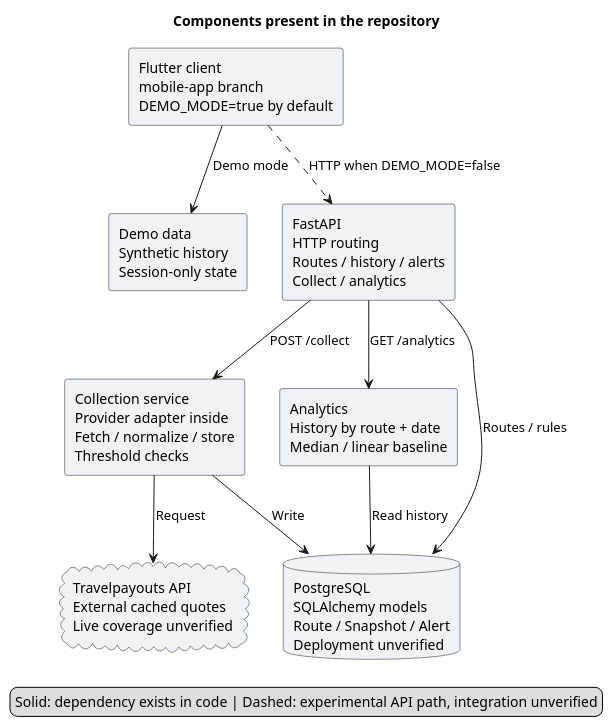
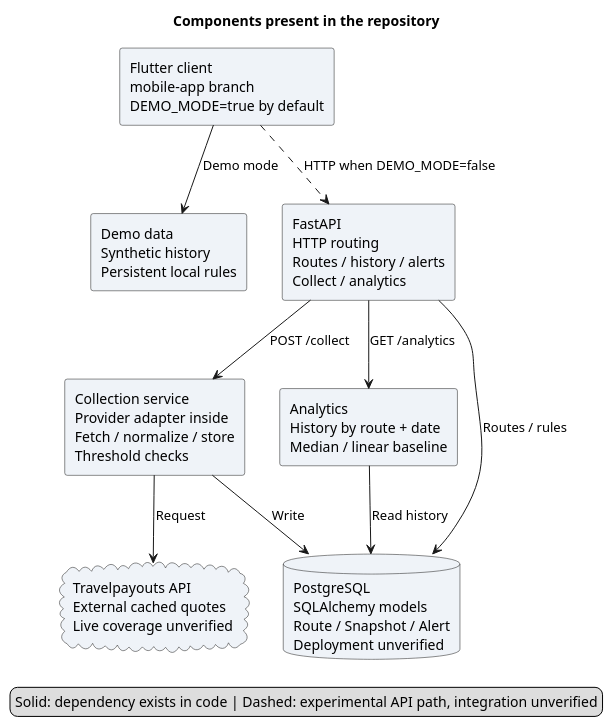
The diagram in docs/diagrams/components.puml (Swoksaar0/airfare-monitoring-kz), drawn with PlantUML before and after one commit. The commit also changed 14 other files, not shown here.

```diff
--- a/docs/diagrams/components.puml
+++ b/docs/diagrams/components.puml
@@ -1,25 +1,25 @@
 @startuml
 title Components present in the repository
 top to bottom direction
 skinparam shadowing false
 skinparam defaultFontName Arial
 skinparam componentStyle rectangle
-component "Demo data\nSynthetic history\nSession-only state" as Fixture #EFF3F8
+component "Demo data\nSynthetic history\nPersistent local rules" as Fixture #EFF3F8
 component "Flutter client\nmobile-app branch\nDEMO_MODE=true by default" as Mobile #EFF3F8
 component "FastAPI\nHTTP routing\nRoutes / history / alerts\nCollect / analytics" as API #EFF3F8
 component "Collection service\nProvider adapter inside\nFetch / normalize / store\nThreshold checks" as Collector #EFF3F8
 component "Analytics\nHistory by route + date\nMedian / linear baseline" as Analytics #EFF3F8
 cloud "Travelpayouts API\nExternal cached quotes\nLive coverage unverified" as Source #EFF3F8
 database "PostgreSQL\nSQLAlchemy models\nRoute / Snapshot / Alert\nDeployment unverified" as DB #EFF3F8
 Mobile --> Fixture : Demo mode
 Mobile ..> API : HTTP when DEMO_MODE=false
 API --> Collector : POST /collect
 API --> Analytics : GET /analytics
 API --> DB : Routes / rules
 Collector --> Source : Request
 Collector --> DB : Write
 Analytics --> DB : Read history
 legend bottom
 Solid: dependency exists in code | Dashed: experimental API path, integration unverified
 endlegend
 @enduml
```
